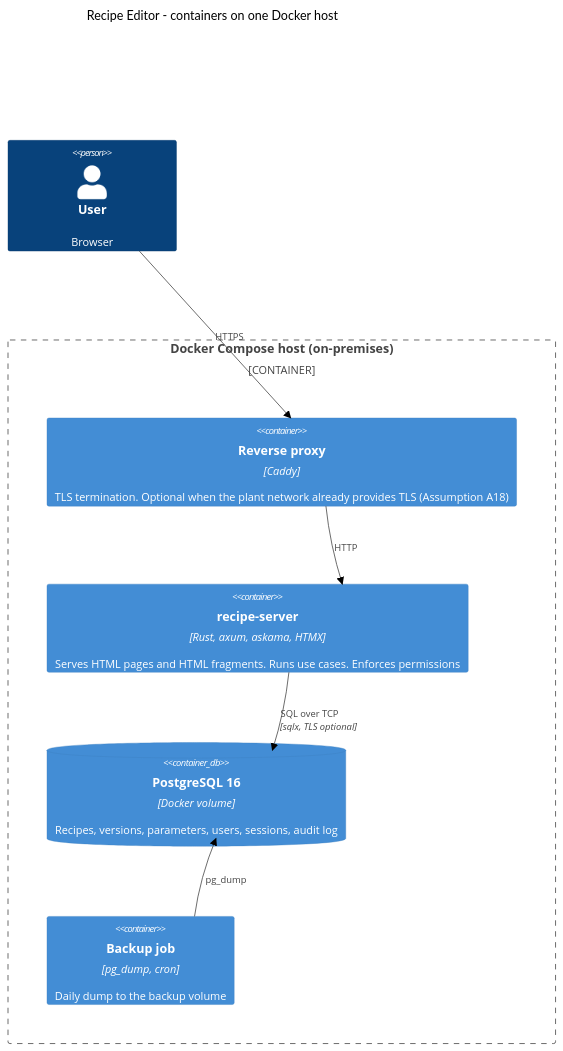
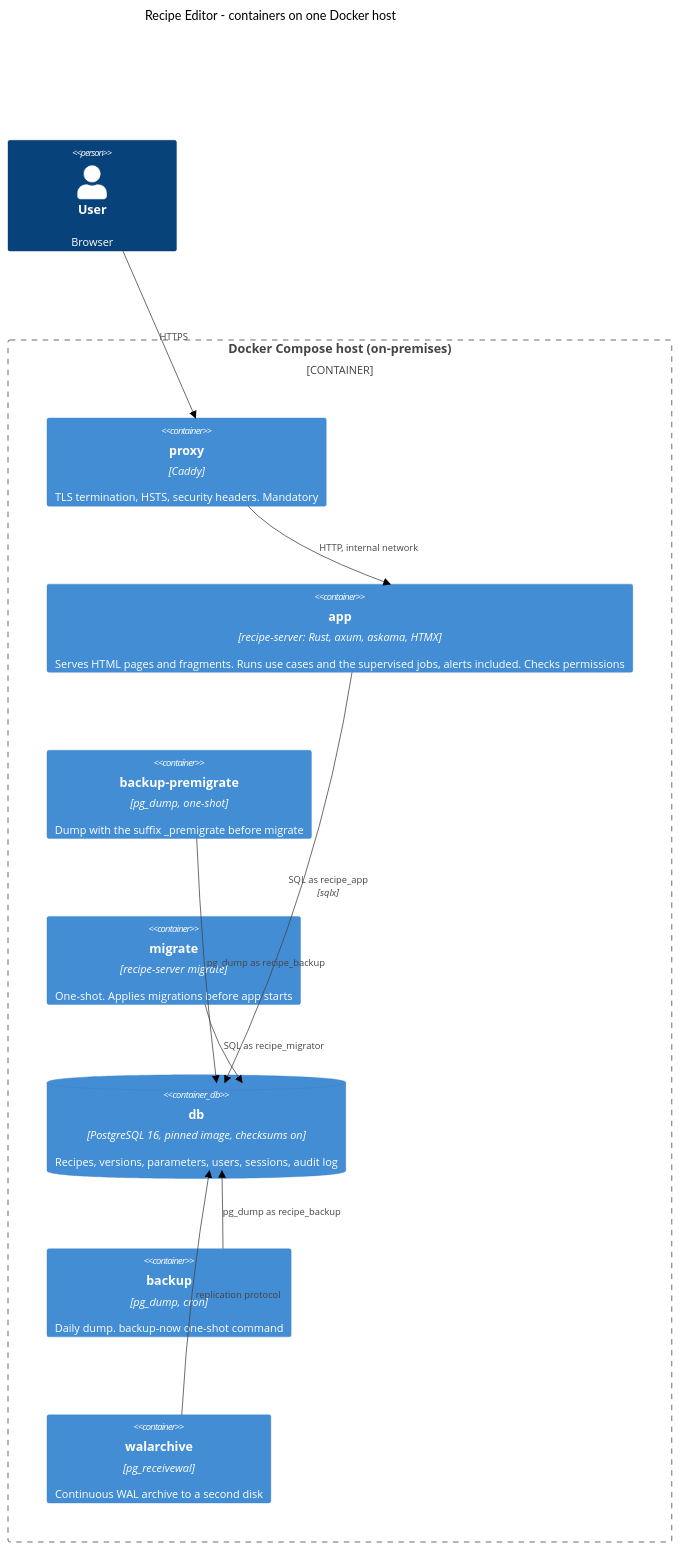
One commit to rtmachines/editor-web-cc changed the second of 4 diagrams in docs/architecture/overview.md. Above: the diagram before and after it, drawn with Mermaid (neutral theme). The commit also changed other lines of this file and 35 other files, not shown here.

````diff
--- a/docs/architecture/overview.md
+++ b/docs/architecture/overview.md
@@ -33,15 +33,21 @@
 ```mermaid
 C4Container
     title Recipe Editor - containers on one Docker host
     Person(user, "User", "Browser")
     Container_Boundary(host, "Docker Compose host (on-premises)") {
-        Container(proxy, "Reverse proxy", "Caddy", "TLS termination. Optional when the plant network already provides TLS (Assumption A18)")
-        Container(web, "recipe-server", "Rust, axum, askama, HTMX", "Serves HTML pages and HTML fragments. Runs use cases. Enforces permissions")
-        ContainerDb(db, "PostgreSQL 16", "Docker volume", "Recipes, versions, parameters, users, sessions, audit log")
-        Container(bak, "Backup job", "pg_dump, cron", "Daily dump to the backup volume")
+        Container(proxy, "proxy", "Caddy", "TLS termination, HSTS, security headers. Mandatory")
+        Container(web, "app", "recipe-server: Rust, axum, askama, HTMX", "Serves HTML pages and fragments. Runs use cases and the supervised jobs, alerts included. Checks permissions")
+        Container(pre, "backup-premigrate", "pg_dump, one-shot", "Dump with the suffix _premigrate before migrate")
+        Container(migrate, "migrate", "recipe-server migrate", "One-shot. Applies migrations before app starts")
+        ContainerDb(db, "db", "PostgreSQL 16, pinned image, checksums on", "Recipes, versions, parameters, users, sessions, audit log")
+        Container(bak, "backup", "pg_dump, cron", "Daily dump. backup-now one-shot command")
+        Container(wal, "walarchive", "pg_receivewal", "Continuous WAL archive to a second disk")
     }
     Rel(user, proxy, "HTTPS")
-    Rel(proxy, web, "HTTP")
-    Rel(web, db, "SQL over TCP", "sqlx, TLS optional")
-    Rel(bak, db, "pg_dump")
+    Rel(proxy, web, "HTTP, internal network")
+    Rel(pre, db, "pg_dump as recipe_backup")
+    Rel(migrate, db, "SQL as recipe_migrator")
+    Rel(web, db, "SQL as recipe_app", "sqlx")
+    Rel(bak, db, "pg_dump as recipe_backup")
+    Rel(wal, db, "replication protocol")
 ```
````
